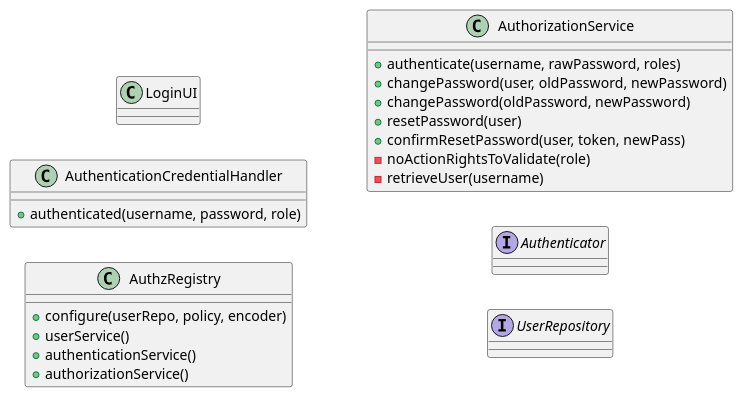
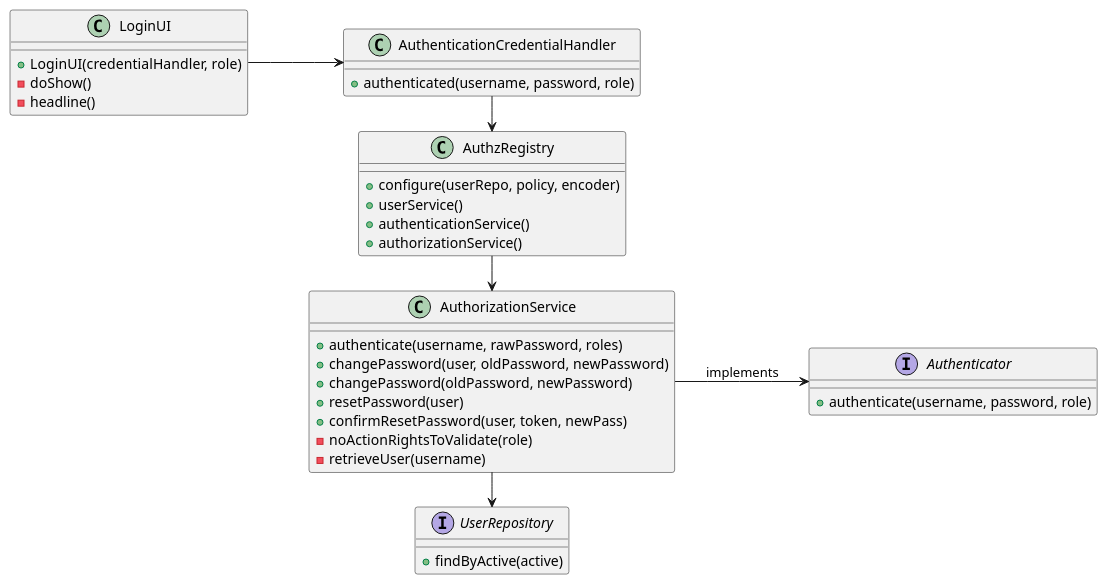
One commit to MiguelCardoso77/LAPR4 changed the diagram in docs/SprintB/G007/login-class-diagram.puml. Above: the diagram before and after it, drawn with PlantUML. The commit also changed 4 other files, not shown here.

```diff
--- a/docs/SprintB/G007/login-class-diagram.puml
+++ b/docs/SprintB/G007/login-class-diagram.puml
@@ -1,35 +1,45 @@
 @startuml
-skinparam linetype ortho
 left to right direction
 
 class LoginUI {
+    + LoginUI(credentialHandler, role)
+    - doShow()
+    - headline()
 }
 
 class AuthenticationCredentialHandler {
     + authenticated(username, password, role)
 }
 
 class AuthzRegistry {
     + configure(userRepo, policy, encoder)
     + userService()
     + authenticationService()
     + authorizationService()
 }
 
 class AuthorizationService {
     + authenticate(username, rawPassword, roles)
     + changePassword(user, oldPassword, newPassword)
     + changePassword(oldPassword, newPassword)
     + resetPassword(user)
     + confirmResetPassword(user, token, newPass)
     - noActionRightsToValidate(role)
     - retrieveUser(username)
 }
 
 interface Authenticator {
+    + authenticate(username, password, role)
 }
 
 interface UserRepository {
+    + findByActive(active)
 }
 
+LoginUI --> AuthenticationCredentialHandler
+AuthenticationCredentialHandler -> AuthzRegistry
+AuthzRegistry -> AuthorizationService
+AuthorizationService -> UserRepository
+AuthorizationService --> Authenticator : implements
+
 @enduml
```
